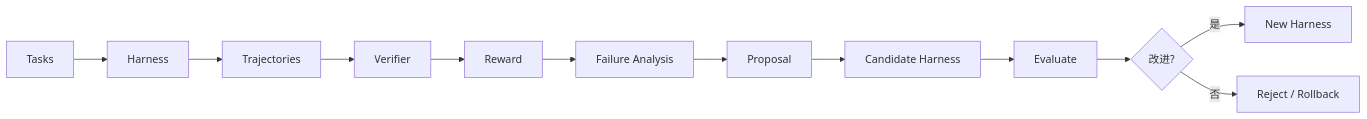
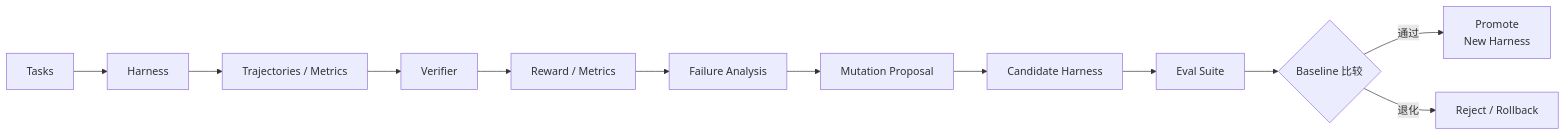
Before and after one commit to liuyueyi/hello-harness: the fourth of 4 diagrams in docs/zh/tutorials/stage-7-hello-agent-lab/index.md, drawn with Mermaid. The commit also changed other lines of this file and 87 other files, not shown here.

````diff
--- a/docs/zh/tutorials/stage-7-hello-agent-lab/index.md
+++ b/docs/zh/tutorials/stage-7-hello-agent-lab/index.md
@@ -123,14 +105,14 @@
 ```mermaid
 flowchart LR
   T[Tasks] --> H[Harness]
-  H --> TR[Trajectories]
+  H --> TR[Trajectories / Metrics]
   TR --> V[Verifier]
-  V --> R[Reward]
+  V --> R[Reward / Metrics]
   R --> FA[Failure Analysis]
-  FA --> P[Proposal]
-  P --> C[Candidate Harness]
-  C --> E[Evaluate]
-  E --> I{改进?}
-  I -- 是 --> NH[New Harness]
-  I -- 否 --> RJ[Reject / Rollback]
+  FA --> MP[Mutation Proposal]
+  MP --> C[Candidate Harness]
+  C --> E[Eval Suite]
+  E --> I{Baseline 比较}
+  I -- 通过 --> NH[Promote<br/>New Harness]
+  I -- 退化 --> RJ[Reject / Rollback]
 ```
````
